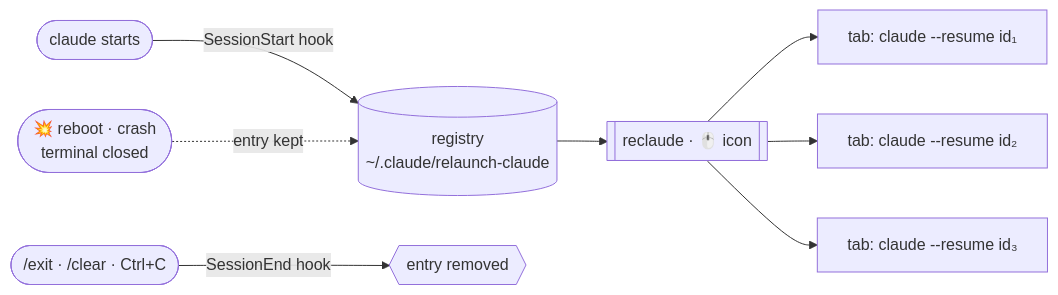
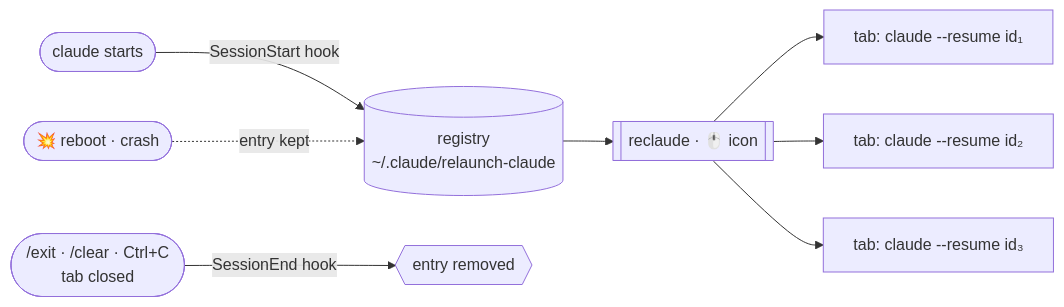
One commit to Flo976/relaunch-claude changed the diagram in README.md. Above: the diagram before and after it, drawn with Mermaid. The commit also changed other lines of this file and 2 other files, not shown here.

Commit message:
Stop reopening sessions that were closed by hand
Closing a tab sends SIGHUP and Claude Code reports SessionEnd with reason
"other", the same as a shutdown, so every closed tab was relaunched.

The hook now stores ended_at on that event, and relaunch only reopens a
session that ended within two minutes of a shutdown (journal on Linux,
events 1074/6006 on Windows) or never reported an end. Sessions ended
during the current boot are dropped. `reclaude list` shows them as
"closed".

````diff
--- a/README.md
+++ b/README.md
@@ -114,10 +114,10 @@
 ```mermaid
 flowchart LR
     A(["claude starts"]) -- "SessionStart hook" --> R[("registry<br/>~/.claude/relaunch-claude")]
-    B(["/exit · /clear · Ctrl+C"]) -- "SessionEnd hook" --> X{{"entry removed"}}
-    C(["💥 reboot · crash<br/>terminal closed"]) -. "entry kept" .-> R
+    B(["/exit · /clear · Ctrl+C<br/>tab closed"]) -- "SessionEnd hook" --> X{{"entry removed"}}
+    C(["💥 reboot · crash"]) -. "entry kept" .-> R
     R --> D[["reclaude · 🖱️ icon"]]
     D --> T1["tab: claude --resume id₁"]
     D --> T2["tab: claude --resume id₂"]
     D --> T3["tab: claude --resume id₃"]
 ```
````
